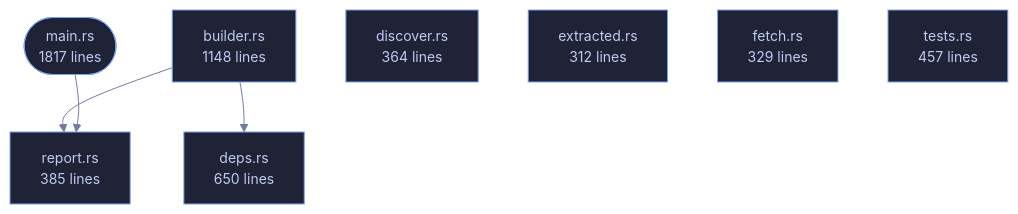
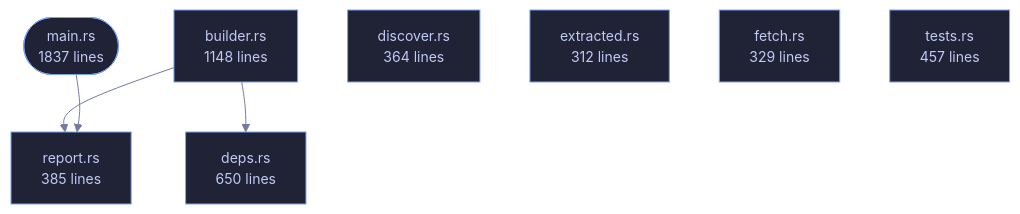
Before and after one commit to tilas01/veilvoice: the diagram in crates/veilvoice-verify/README.md, drawn with Mermaid. The commit also changed other lines of this file and 46 other files, not shown here.

````diff
--- a/crates/veilvoice-verify/README.md
+++ b/crates/veilvoice-verify/README.md
@@ -93,23 +93,23 @@
 ```mermaid
 %%{init: {"theme":"base","themeVariables":{"background":"#1a1b26","primaryColor":"#1f2335","primaryTextColor":"#c0caf5","primaryBorderColor":"#7aa2f7","secondaryColor":"#16161e","tertiaryColor":"#16161e","lineColor":"#737aa2","textColor":"#c0caf5","mainBkg":"#1f2335","nodeBorder":"#7aa2f7","clusterBkg":"#16161e","clusterBorder":"#2f3549","fontFamily":"ui-monospace, SFMono-Regular, Consolas, monospace","fontSize":"14px"}}}%%
 flowchart TD
-    n_main(["main.rs<br/>1817 lines"])
+    n_main(["main.rs<br/>1837 lines"])
     n_builder["builder.rs<br/>1148 lines"]
     n_deps["deps.rs<br/>650 lines"]
     n_discover["discover.rs<br/>364 lines"]
     n_extracted["extracted.rs<br/>312 lines"]
     n_fetch["fetch.rs<br/>329 lines"]
     n_report["report.rs<br/>385 lines"]
     n_tests["tests.rs<br/>457 lines"]
     n_builder --> n_deps
     n_builder --> n_report
     n_main --> n_report
     click n_main href "https://github.com/tilas01/veilvoice/blob/main/crates/veilvoice-verify/src/main.rs" "open the source"
     click n_builder href "https://github.com/tilas01/veilvoice/blob/main/crates/veilvoice-verify/src/builder.rs" "open the source"
     click n_deps href "https://github.com/tilas01/veilvoice/blob/main/crates/veilvoice-verify/src/deps.rs" "open the source"
     click n_discover href "https://github.com/tilas01/veilvoice/blob/main/crates/veilvoice-verify/src/discover.rs" "open the source"
     click n_extracted href "https://github.com/tilas01/veilvoice/blob/main/crates/veilvoice-verify/src/extracted.rs" "open the source"
     click n_fetch href "https://github.com/tilas01/veilvoice/blob/main/crates/veilvoice-verify/src/fetch.rs" "open the source"
     click n_report href "https://github.com/tilas01/veilvoice/blob/main/crates/veilvoice-verify/src/report.rs" "open the source"
     click n_tests href "https://github.com/tilas01/veilvoice/blob/main/crates/veilvoice-verify/src/tests.rs" "open the source"
 ```
````
